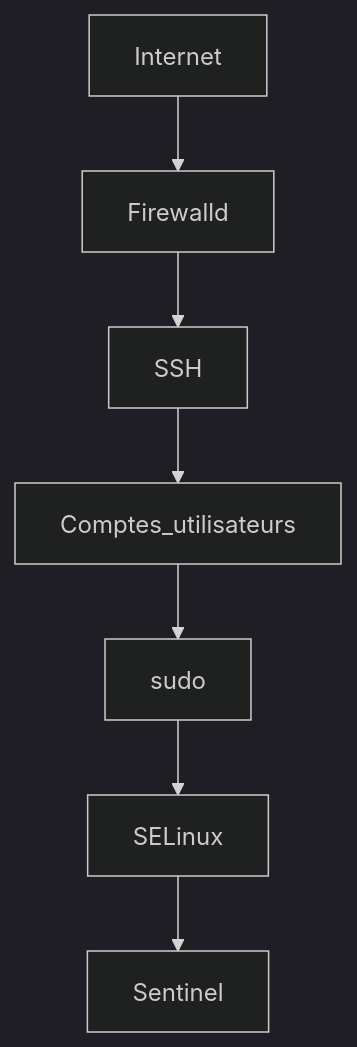
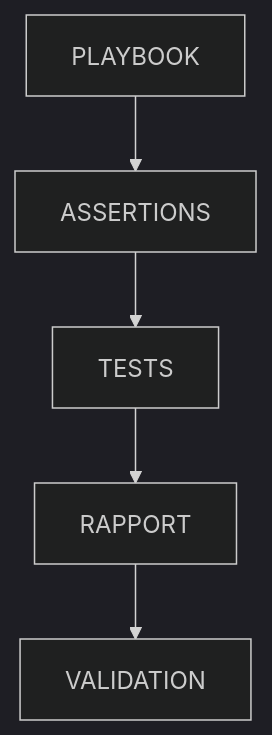
One commit to tdelaclos/formations changed the seventh of 14 diagrams in campagne 9/9.9.md. Above: the diagram before and after it, drawn with Mermaid (dark theme). The commit also changed other lines of this file, not shown here.

````diff
--- a/campagne 9/9.9.md
+++ b/campagne 9/9.9.md
@@ -172,10 +900,13 @@
 ```mermaid
 flowchart TD
 
-Internet --> Firewalld
-Firewalld --> SSH
-SSH --> Comptes_utilisateurs
-Comptes_utilisateurs --> sudo
-sudo --> SELinux
-SELinux --> Sentinel
+    PLAYBOOK
+
+    PLAYBOOK --> ASSERTIONS
+
+    ASSERTIONS --> TESTS
+
+    TESTS --> RAPPORT
+
+    RAPPORT --> VALIDATION
 ```
````
